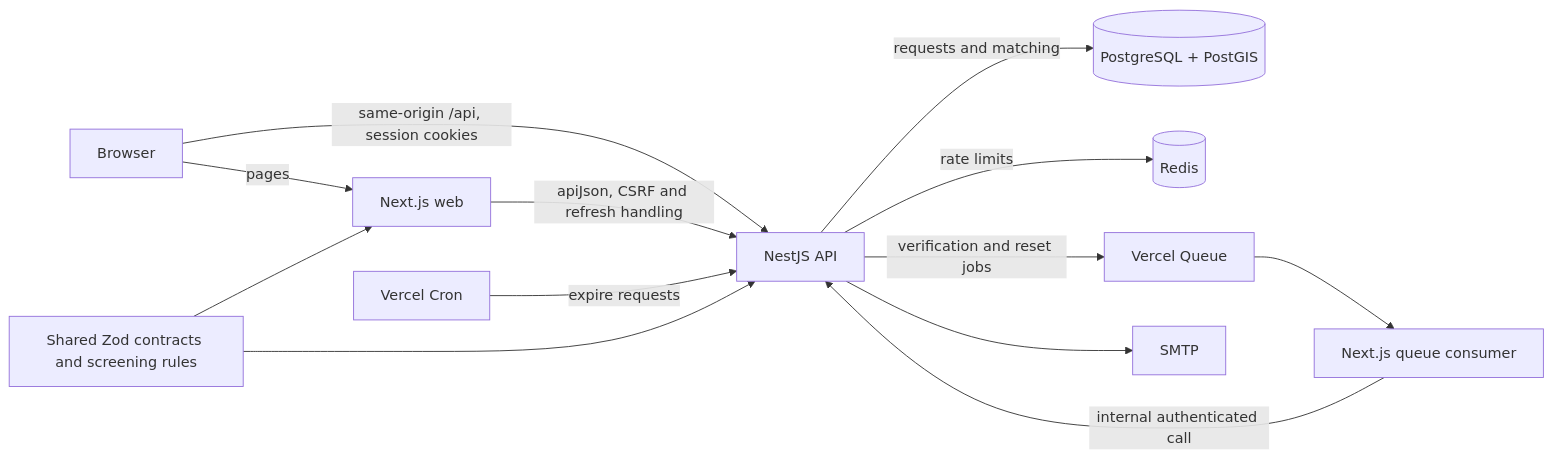
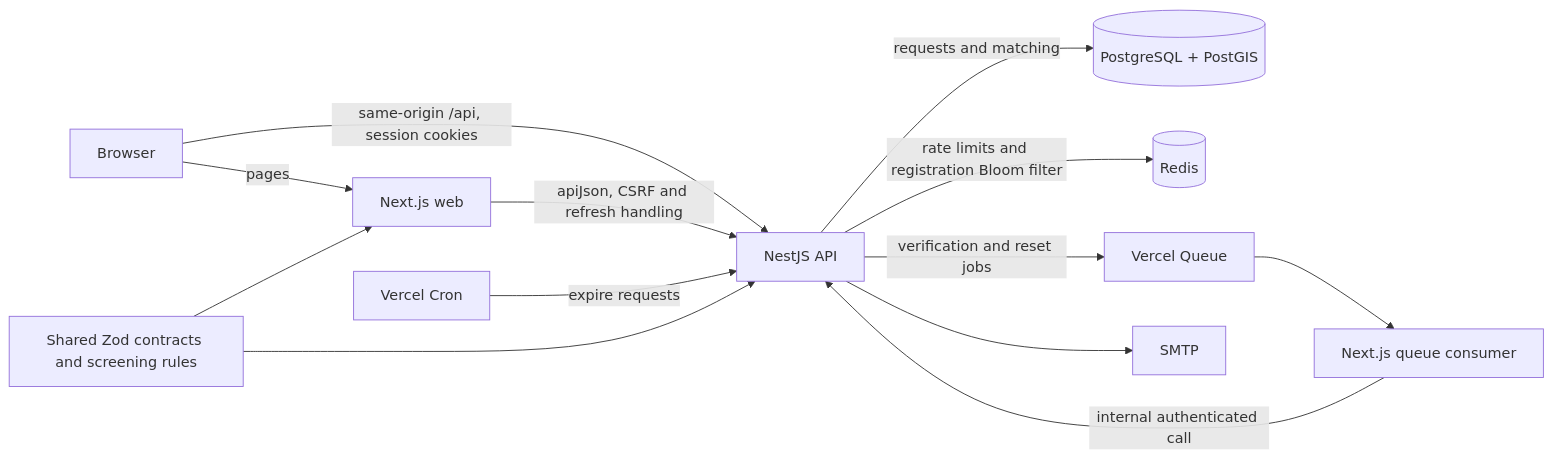
The second of 2 diagrams in README.md (atanubera07/BloodSync), drawn with Mermaid before and after one commit. The commit also changed other lines of this file and 6 other files, not shown here.

Commit message:
Use Redis Bloom filter for registration lookups

````diff
--- a/README.md
+++ b/README.md
@@ -51,15 +51,15 @@
 ```mermaid
 flowchart LR
     Browser[Browser] -->|pages| Web[Next.js web]
     Browser -->|same-origin /api, session cookies| API[NestJS API]
     Web -->|apiJson, CSRF and refresh handling| API
     API -->|requests and matching| DB[(PostgreSQL + PostGIS)]
-    API -->|rate limits| Redis[(Redis)]
+    API -->|rate limits and registration Bloom filter| Redis[(Redis)]
     API -->|verification and reset jobs| Queue[Vercel Queue]
     Queue --> Consumer[Next.js queue consumer]
     Consumer -->|internal authenticated call| API
     API --> SMTP[SMTP]
     Cron[Vercel Cron] -->|expire requests| API
     Shared[Shared Zod contracts and screening rules] --> Web
     Shared --> API
 ```
````
